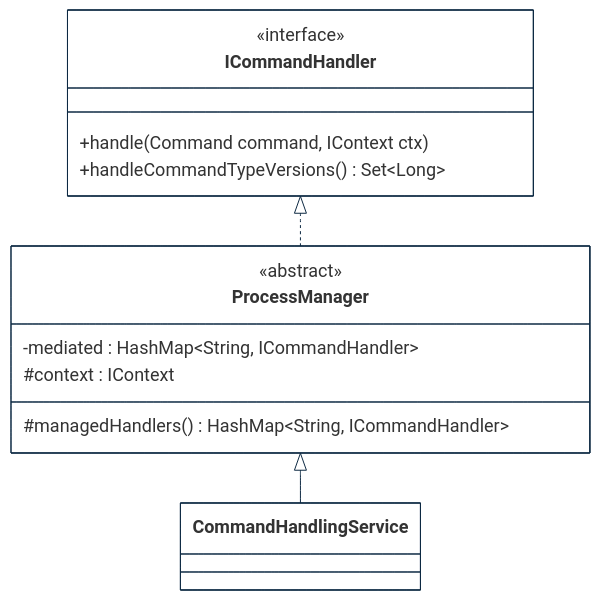
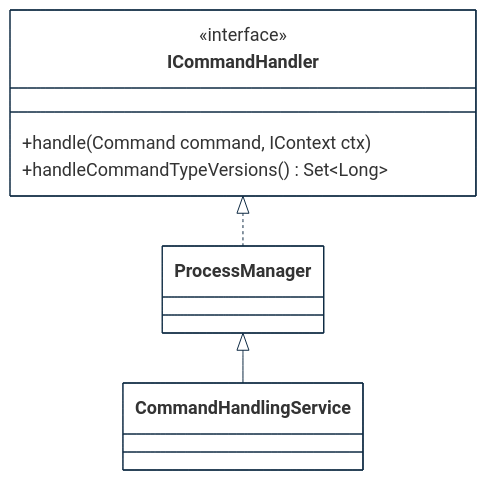
The third of 3 diagrams in implementations-line/framework/domain/designview-structure-models.md (cybnity/foundation), drawn with Mermaid before and after one commit.

````diff
--- a/implementations-line/framework/domain/designview-structure-models.md
+++ b/implementations-line/framework/domain/designview-structure-models.md
@@ -156,36 +162,31 @@
 ```mermaid
 %%{
   init: {
     'theme': 'base',
     'themeVariables': {
         'background': '#ffffff',
         'fontFamily': 'arial',
         'fontSize': '18px',
         'primaryColor': '#fff',
         'primaryBorderColor': '#0e2a43',
         'secondaryBorderColor': '#0e2a43',
         'tertiaryBorderColor': '#0e2a43',
         'edgeLabelBackground':'#0e2a43',
         'lineColor': '#0e2a43',
         'tertiaryColor': '#fff'
     }
   }
 }%%
 classDiagram
     ICommandHandler <|.. ProcessManager
     ProcessManager <|-- CommandHandlingService
 
 
-    class ProcessManager {
-        <<abstract>>
-        -mediated : HashMap~String, ICommandHandler~
-        #context : IContext
-        #managedHandlers() HashMap~String, ICommandHandler~
-    }
+
     class ICommandHandler {
         <<interface>>
         +handle(Command command, IContext ctx)
         +handleCommandTypeVersions() Set~Long~
     }
 
 ```
````
